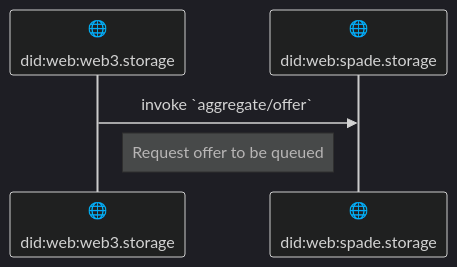
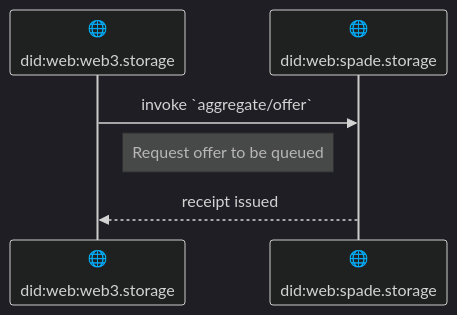
Before and after one commit to storacha/specs: the first of 3 diagrams in w3-aggregation.md, drawn with Mermaid (dark theme). The commit also changed other lines of this file, not shown here.

````diff
--- a/w3-aggregation.md
+++ b/w3-aggregation.md
@@ -65,8 +65,9 @@
 ```mermaid
 sequenceDiagram
     participant Storefront as 🌐<br/><br/>did:web:web3.storage
     participant Authority as 🌐<br/><br/>did:web:spade.storage
 
     Storefront->>Authority: invoke `aggregate/offer`
     Note left of Authority: Request offer to be queued
+    Authority-->>Storefront: receipt issued
 ```
````
